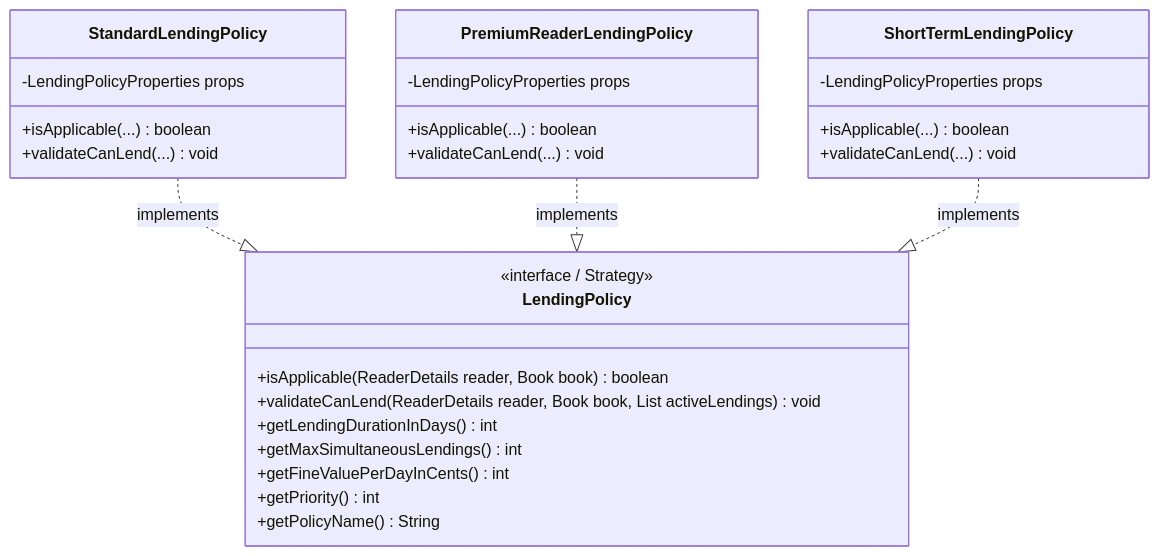
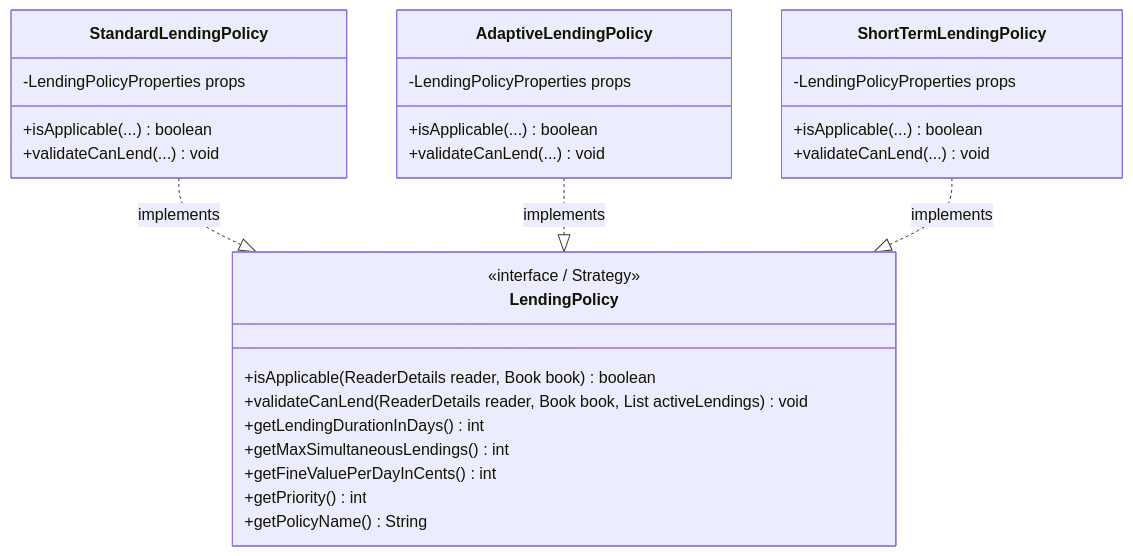
One commit to RafaelBrandao04/psoft-project-2026-1 changed the fourth of 4 diagrams in Docs/ARQSOFT/system-to-be/architectural-patterns.md. Above: the diagram before and after it, drawn with Mermaid. The commit also changed other lines of this file and 6 other files, not shown here.

Commit message:
docs(arqsoft): realignment of documentation towards new code and architectural understandings

````diff
--- a/Docs/ARQSOFT/system-to-be/architectural-patterns.md
+++ b/Docs/ARQSOFT/system-to-be/architectural-patterns.md
@@ -187,33 +187,33 @@
 ```mermaid
 classDiagram
     direction TB
     class LendingPolicy {
         <<interface / Strategy>>
         +isApplicable(ReaderDetails reader, Book book) boolean
         +validateCanLend(ReaderDetails reader, Book book, List activeLendings) void
         +getLendingDurationInDays() int
         +getMaxSimultaneousLendings() int
         +getFineValuePerDayInCents() int
         +getPriority() int
         +getPolicyName() String
     }
     class StandardLendingPolicy {
         -LendingPolicyProperties props
         +isApplicable(...) boolean
         +validateCanLend(...) void
     }
-    class PremiumReaderLendingPolicy {
+    class AdaptiveLendingPolicy {
         -LendingPolicyProperties props
         +isApplicable(...) boolean
         +validateCanLend(...) void
     }
     class ShortTermLendingPolicy {
         -LendingPolicyProperties props
         +isApplicable(...) boolean
         +validateCanLend(...) void
     }
 
     StandardLendingPolicy ..|> LendingPolicy : implements
-    PremiumReaderLendingPolicy ..|> LendingPolicy : implements
+    AdaptiveLendingPolicy ..|> LendingPolicy : implements
     ShortTermLendingPolicy ..|> LendingPolicy : implements
 ```
````
